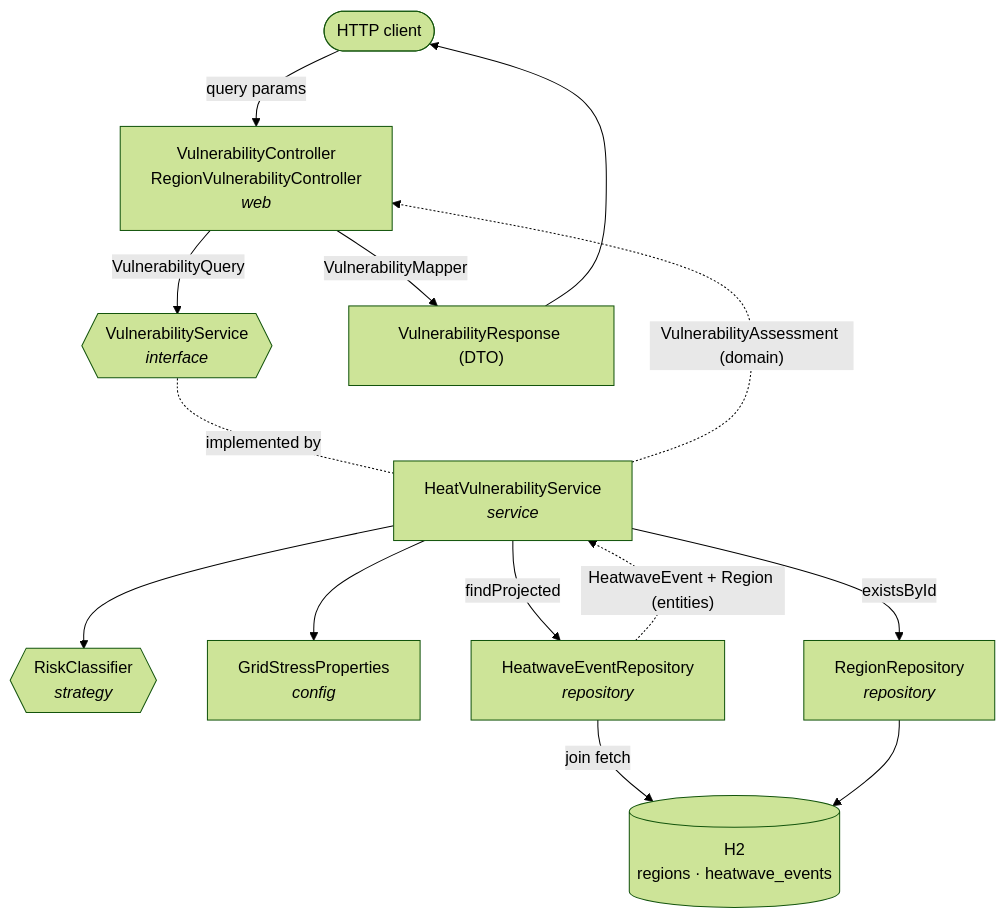
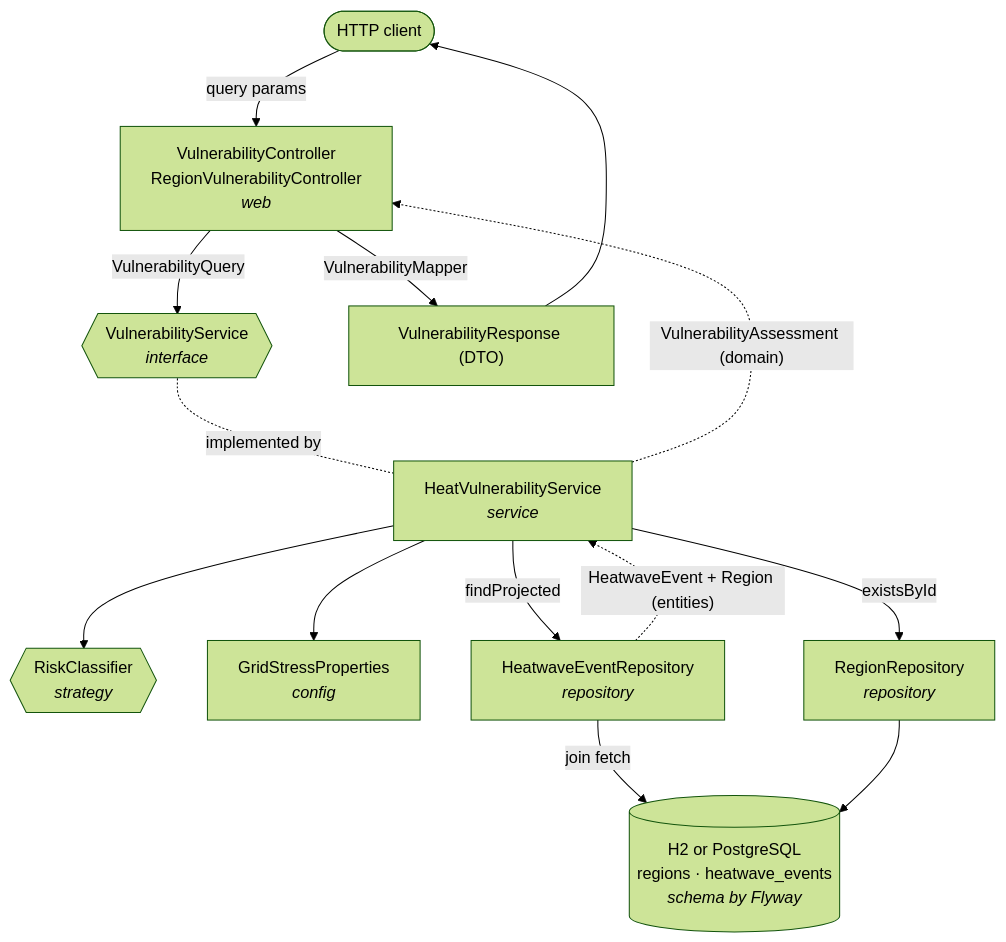
One commit to KoolAidKrish/ThermoGrid changed the diagram in README.md. Above: the diagram before and after it, drawn with Mermaid (forest theme). The commit also changed other lines of this file and 7 other files, not shown here.

First line of the commit message:
Add PostgreSQL via Docker Compose, Flyway migrations and Testcontainers

````diff
--- a/README.md
+++ b/README.md
@@ -112,16 +120,16 @@
 ```mermaid
 flowchart TD
     Client([HTTP client]) -->|query params| C[VulnerabilityController<br/>RegionVulnerabilityController<br/><i>web</i>]
     C -->|VulnerabilityQuery| SI{{VulnerabilityService<br/><i>interface</i>}}
     SI -.implemented by.- S[HeatVulnerabilityService<br/><i>service</i>]
     S --> RC{{RiskClassifier<br/><i>strategy</i>}}
     S --> P[GridStressProperties<br/><i>config</i>]
     S -->|findProjected| R[HeatwaveEventRepository<br/><i>repository</i>]
     S -->|existsById| RR[RegionRepository<br/><i>repository</i>]
-    R -->|join fetch| DB[(H2<br/>regions · heatwave_events)]
+    R -->|join fetch| DB[(H2 or PostgreSQL<br/>regions · heatwave_events<br/><i>schema by Flyway</i>)]
     RR --> DB
     R -. "HeatwaveEvent + Region (entities)" .-> S
     S -. "VulnerabilityAssessment (domain)" .-> C
     C -->|VulnerabilityMapper| M["VulnerabilityResponse (DTO)"]
     M --> Client
 ```
````
